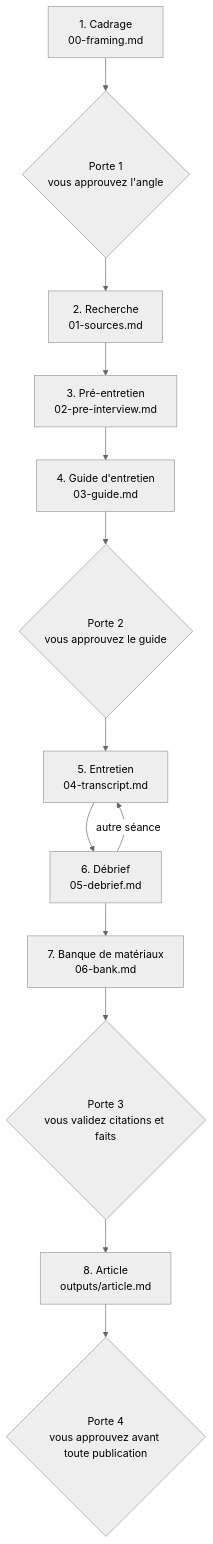
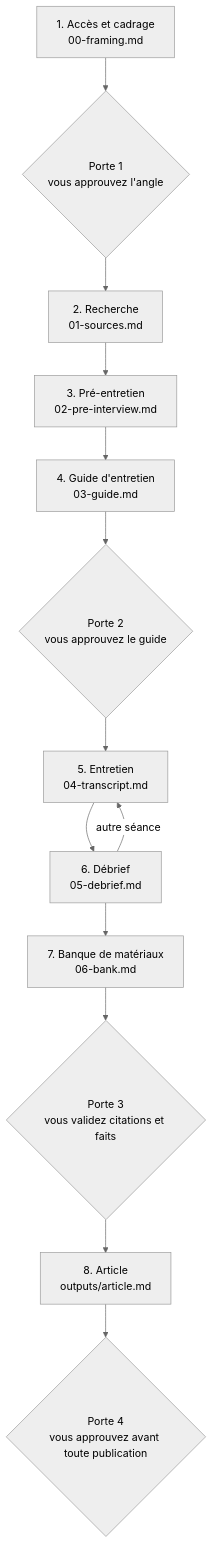
One commit to malikkaraoui/Readme2 changed the diagram in README.fr.md. Above: the diagram before and after it, drawn with Mermaid (neutral theme). The commit also changed other lines of this file and 3 other files, not shown here.

````diff
--- a/README.fr.md
+++ b/README.fr.md
@@ -19,15 +19,15 @@
 ```mermaid
 flowchart TD
-  P1["1. Cadrage<br/>00-framing.md"] --> G1{"Porte 1<br/>vous approuvez l'angle"}
+  P1["1. Accès et cadrage<br/>00-framing.md"] --> G1{"Porte 1<br/>vous approuvez l'angle"}
   G1 --> P2["2. Recherche<br/>01-sources.md"]
   P2 --> P3["3. Pré-entretien<br/>02-pre-interview.md"]
   P3 --> P4["4. Guide d'entretien<br/>03-guide.md"]
   P4 --> G2{"Porte 2<br/>vous approuvez le guide"}
   G2 --> P5["5. Entretien<br/>04-transcript.md"]
   P5 --> P6["6. Débrief<br/>05-debrief.md"]
   P6 -->|"autre séance"| P5
   P6 --> P7["7. Banque de matériaux<br/>06-bank.md"]
   P7 --> G3{"Porte 3<br/>vous validez citations et faits"}
   G3 --> P8["8. Article<br/>outputs/article.md"]
   P8 --> G4{"Porte 4<br/>vous approuvez avant toute publication"}
 ```
````
